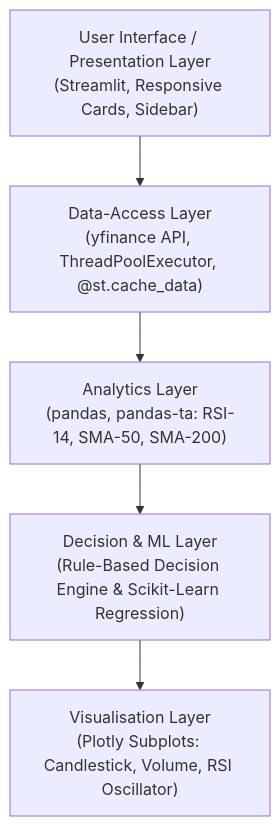
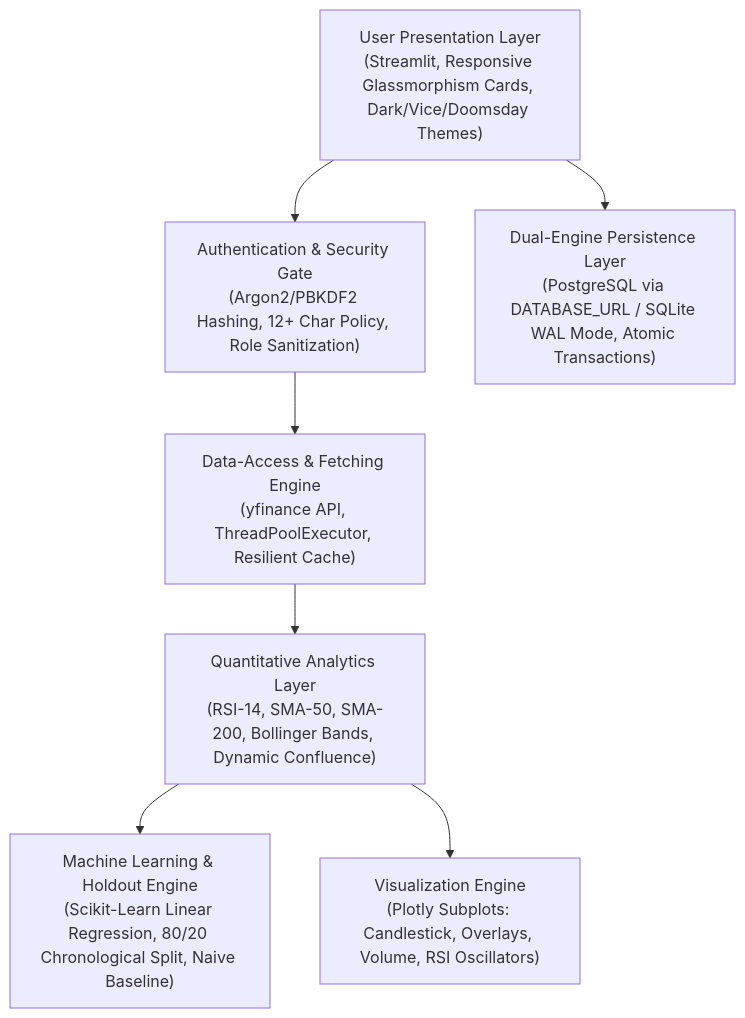
Before and after one commit to ShubhBhattacharya/ai-stock-insights-portal: the diagram in README.md, drawn with Mermaid. The commit also changed other lines of this file and 10 other files, not shown here.

Commit message:
Hardening, security audit, holdout ML validation, dual DB support, and comprehensive test suite

````diff
--- a/README.md
+++ b/README.md
@@ -47,7 +64,17 @@
 ```mermaid
 flowchart TD
-    A["User Interface / Presentation Layer<br/>(Streamlit, Responsive Cards, Sidebar)"] --> B["Data-Access Layer<br/>(yfinance API, ThreadPoolExecutor, @st.cache_data)"]
-    B --> C["Analytics Layer<br/>(pandas, pandas-ta: RSI-14, SMA-50, SMA-200)"]
-    C --> D["Decision & ML Layer<br/>(Rule-Based Decision Engine & Scikit-Learn Regression)"]
-    D --> E["Visualisation Layer<br/>(Plotly Subplots: Candlestick, Volume, RSI Oscillator)"]
+    A["User Presentation Layer<br/>(Streamlit, Responsive Glassmorphism Cards, Dark/Vice/Doomsday Themes)"]
+    B["Authentication & Security Gate<br/>(Argon2/PBKDF2 Hashing, 12+ Char Policy, Role Sanitization)"]
+    C["Data-Access & Fetching Engine<br/>(yfinance API, ThreadPoolExecutor, Resilient Cache)"]
+    D["Quantitative Analytics Layer<br/>(RSI-14, SMA-50, SMA-200, Bollinger Bands, Dynamic Confluence)"]
+    E["Machine Learning & Holdout Engine<br/>(Scikit-Learn Linear Regression, 80/20 Chronological Split, Naive Baseline)"]
+    F["Dual-Engine Persistence Layer<br/>(PostgreSQL via DATABASE_URL / SQLite WAL Mode, Atomic Transactions)"]
+    G["Visualization Engine<br/>(Plotly Subplots: Candlestick, Overlays, Volume, RSI Oscillators)"]
+
+    A --> B
+    B --> C
+    C --> D
+    D --> E
+    D --> G
+    A --> F
 ```
````
